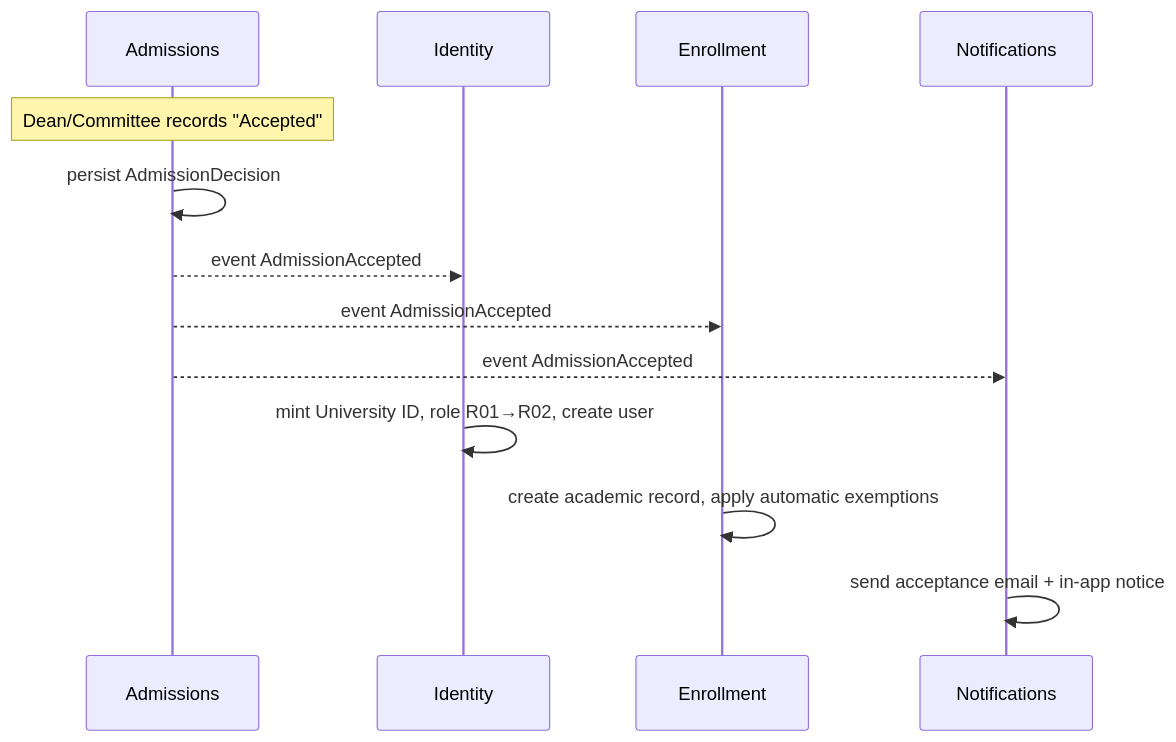
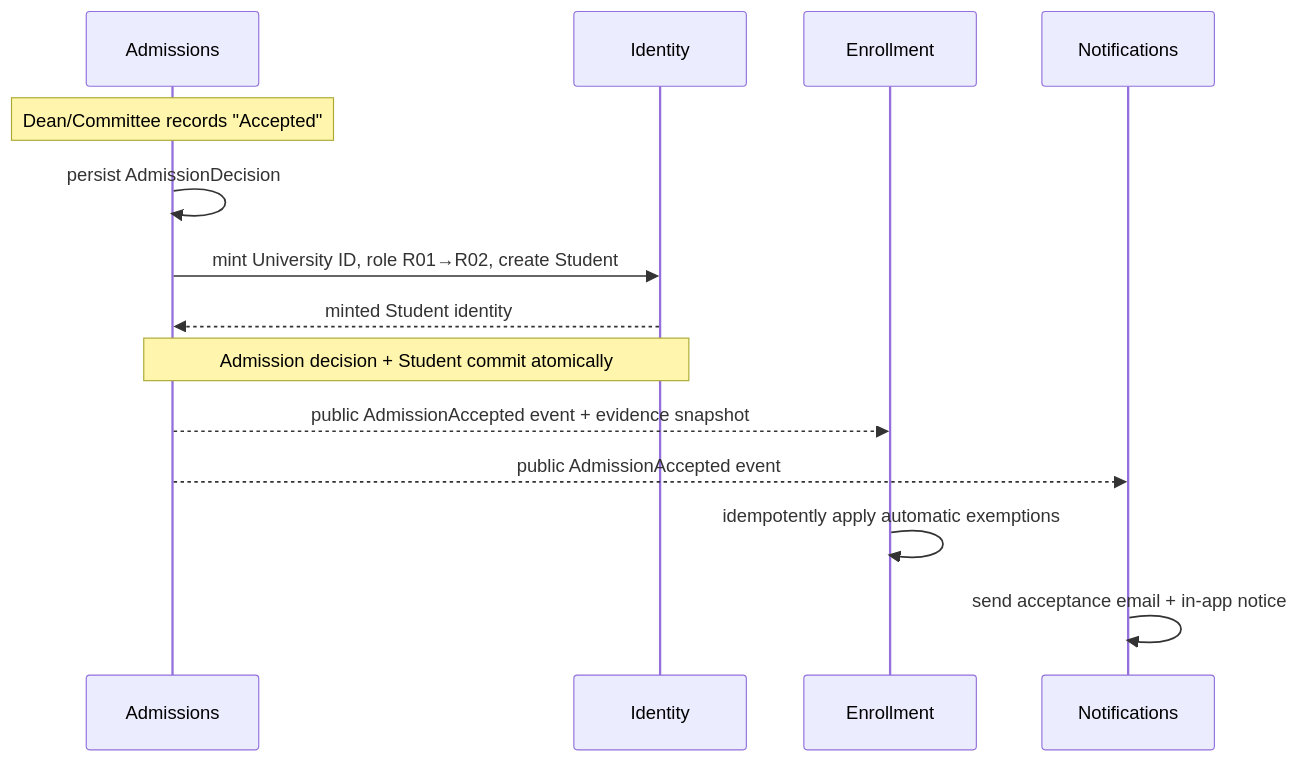
Before and after one commit to Organization-name-temp/postgrad-system: the third of 4 diagrams in docs/architecture.md, drawn with Mermaid. The commit also changed other lines of this file and 43 other files, not shown here.

````diff
--- a/docs/architecture.md
+++ b/docs/architecture.md
@@ -185,16 +187,17 @@
 ```mermaid
 sequenceDiagram
     participant Adm as Admissions
     participant Id as Identity
     participant Enr as Enrollment
     participant Ntf as Notifications
 
     Note over Adm: Dean/Committee records "Accepted"
     Adm->>Adm: persist AdmissionDecision
-    Adm-->>Id: event AdmissionAccepted
-    Adm-->>Enr: event AdmissionAccepted
-    Adm-->>Ntf: event AdmissionAccepted
-    Id->>Id: mint University ID, role R01→R02, create user
-    Enr->>Enr: create academic record, apply automatic exemptions
+    Adm->>Id: mint University ID, role R01→R02, create Student
+    Id-->>Adm: minted Student identity
+    Note over Adm,Id: Admission decision + Student commit atomically
+    Adm-->>Enr: public AdmissionAccepted event + evidence snapshot
+    Adm-->>Ntf: public AdmissionAccepted event
+    Enr->>Enr: idempotently apply automatic exemptions
     Ntf->>Ntf: send acceptance email + in-app notice
 ```
````
